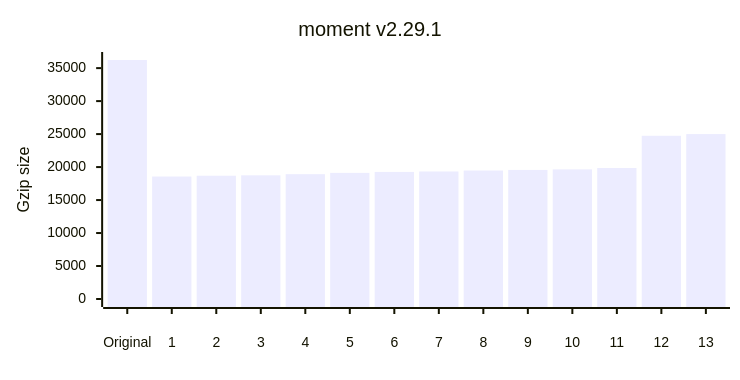
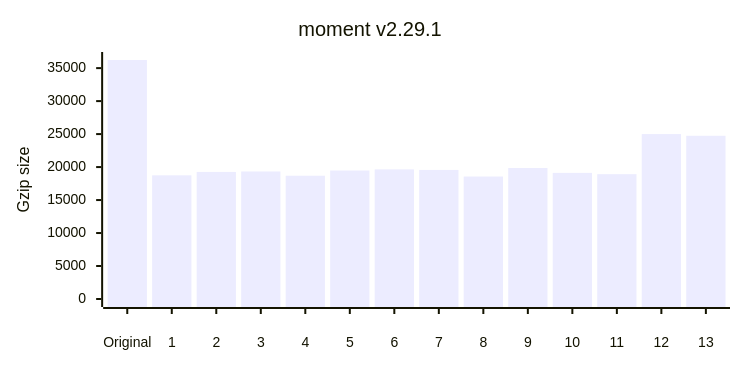
Before and after one commit to privatenumber/minification-benchmarks: the second of 12 diagrams in README.md, drawn with Mermaid. The commit also changed other lines of this file and 6 other files, not shown here.

````diff
--- a/README.md
+++ b/README.md
@@ -119,17 +127,17 @@
 ```mermaid
 ---
 config:
     xyChart:
         width: 720
         height: 360
         xAxis:
             labelPadding: 20
         yAxis:
             labelPadding: 10
 ---
 xychart-beta
 	title "moment v2.29.1"
 	x-axis ["Original",1,2,3,4,5,6,7,8,9,10,11,12,13]
 	y-axis "Gzip size" 0 --> 36231
-	bar [36231,18568,18689,18747,18923,19119,19260,19333,19478,19569,19651,19857,24744,24998]
+	bar [36231,18747,19260,19333,18689,19478,19651,19569,18568,19857,19119,18923,24998,24744]
 ```
````
